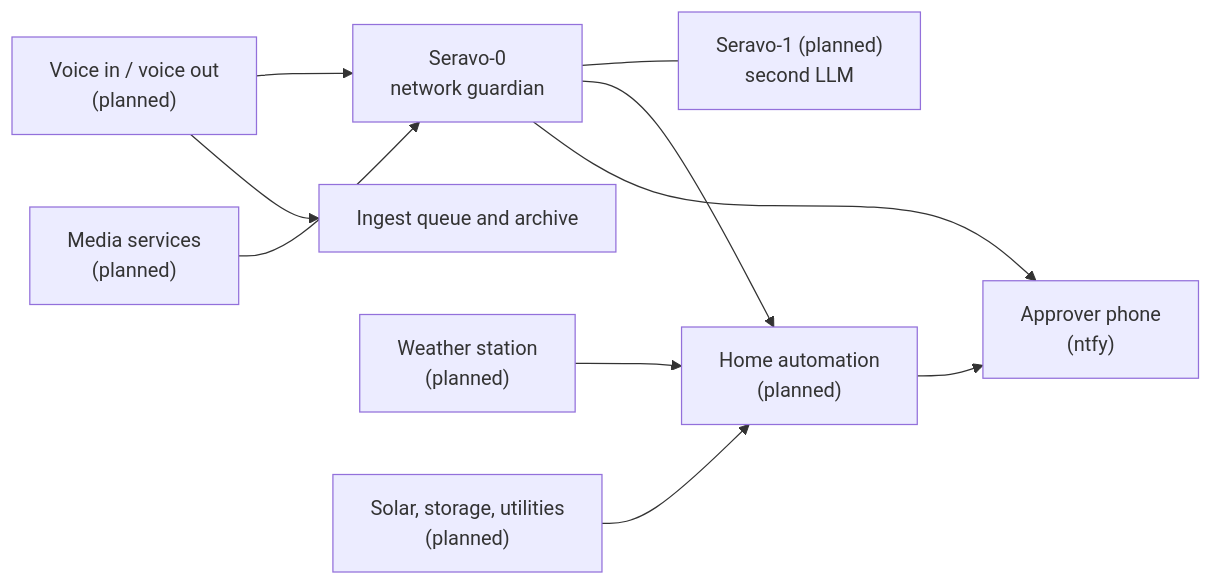
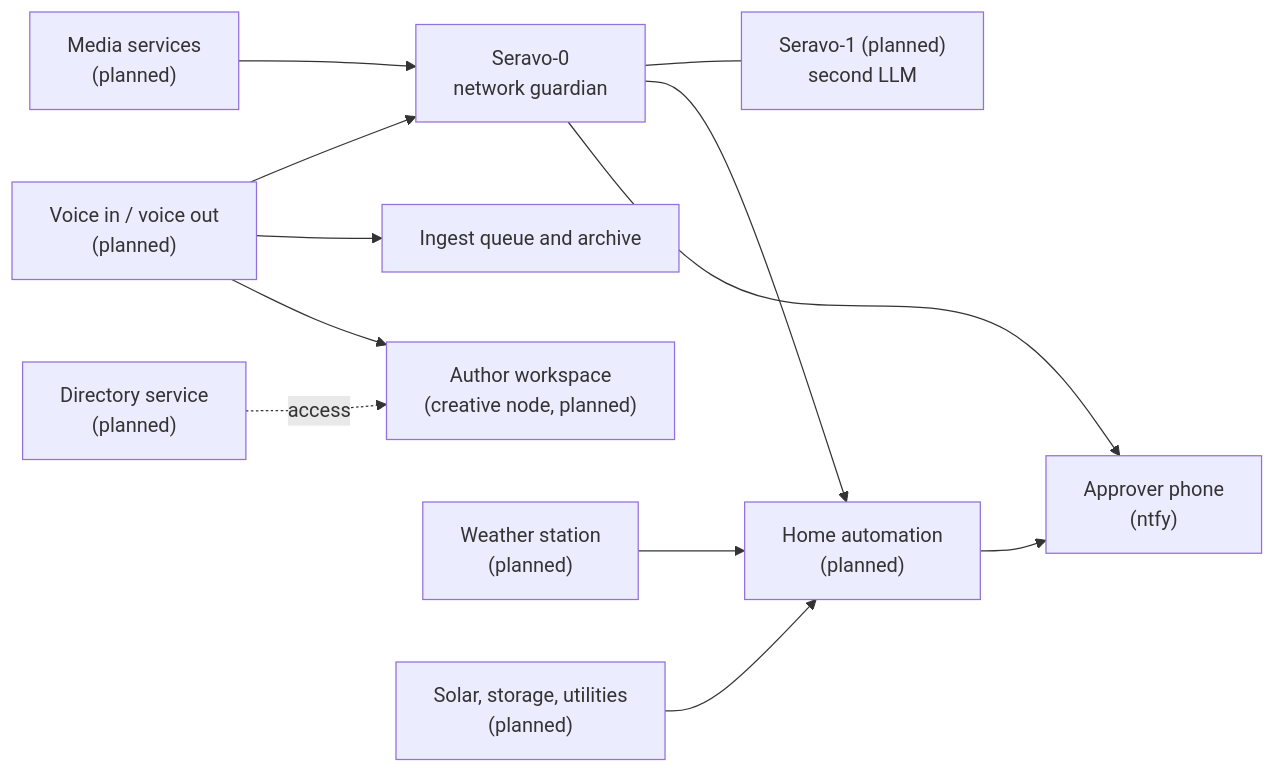
Before and after one commit to cpyeoman-crypto/project-25-26-seravo-0-sapor: the diagram in docs/future-integrations.md, drawn with Mermaid. The commit also changed 1 other file, not shown here.

Commit message:
Link author tooling from novel note and add it to the integrations diagram

````diff
--- a/docs/future-integrations.md
+++ b/docs/future-integrations.md
@@ -15,12 +15,14 @@
 ```mermaid
 flowchart LR
     S0["Seravo-0<br/>network guardian"] --- S1["Seravo-1 (planned)<br/>second LLM"]
     Voice["Voice in / voice out<br/>(planned)"] --> S0
     Voice --> Ingest["Ingest queue and archive"]
+    Voice --> Author["Author workspace<br/>(creative node, planned)"]
+    Dir["Directory service<br/>(planned)"] -. access .-> Author
     S0 --> HA["Home automation<br/>(planned)"]
     Media["Media services<br/>(planned)"] --> S0
     Weather["Weather station<br/>(planned)"] --> HA
     Solar["Solar, storage, utilities<br/>(planned)"] --> HA
     HA --> Phone["Approver phone<br/>(ntfy)"]
     S0 --> Phone
 ```
````
